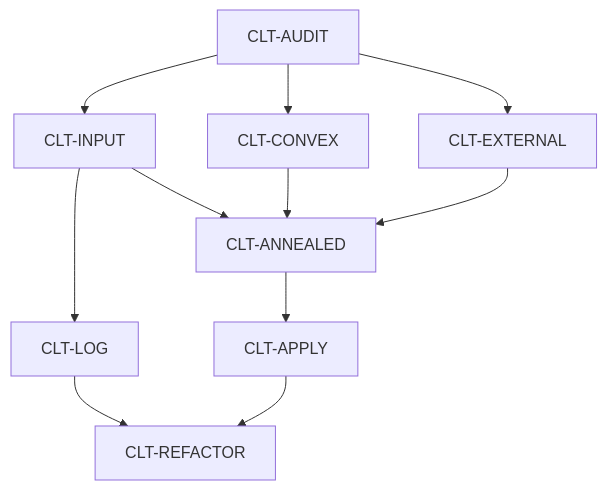
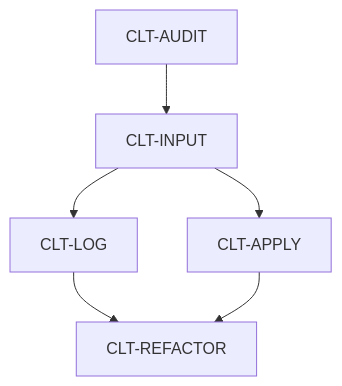
Before and after one commit to TokyoProbabilityGroup/SYK_CLT: the diagram in EDITING_PLAN.md, drawn with Mermaid. The commit also changed other lines of this file and 9 other files, not shown here.

````diff
--- a/EDITING_PLAN.md
+++ b/EDITING_PLAN.md
@@ -42,13 +39,8 @@
 ```mermaid
 flowchart TD
     audit["CLT-AUDIT"] --> input["CLT-INPUT"]
-    audit --> convex["CLT-CONVEX"]
-    audit --> external["CLT-EXTERNAL"]
     input --> log["CLT-LOG"]
-    input --> annealed["CLT-ANNEALED"]
-    convex --> annealed
-    external --> annealed
-    annealed --> application["CLT-APPLY"]
+    input --> application["CLT-APPLY"]
     log --> refactor["CLT-REFACTOR"]
     application --> refactor
 ```
````
